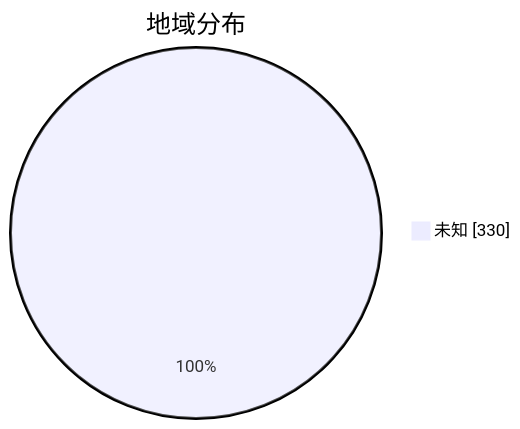
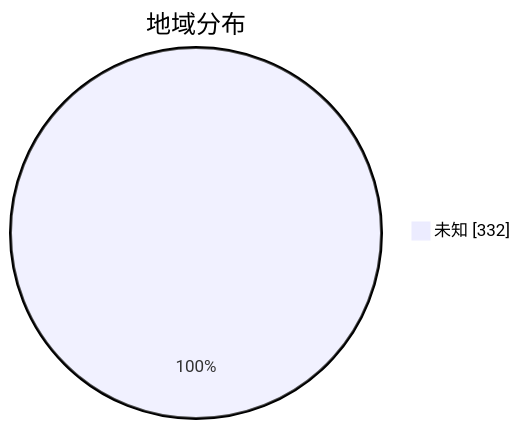
One commit to qjlxg/airport changed the second of 3 diagrams in subs/statistics/tested_within.md. Above: the diagram before and after it, drawn with Mermaid. The commit also changed other lines of this file and 2 other files, not shown here.

````diff
--- a/subs/statistics/tested_within.md
+++ b/subs/statistics/tested_within.md
@@ -13,5 +14,5 @@
 ```mermaid
 pie showData
 title 地域分布
-"未知" : 330
+"未知" : 332
 ```
````
